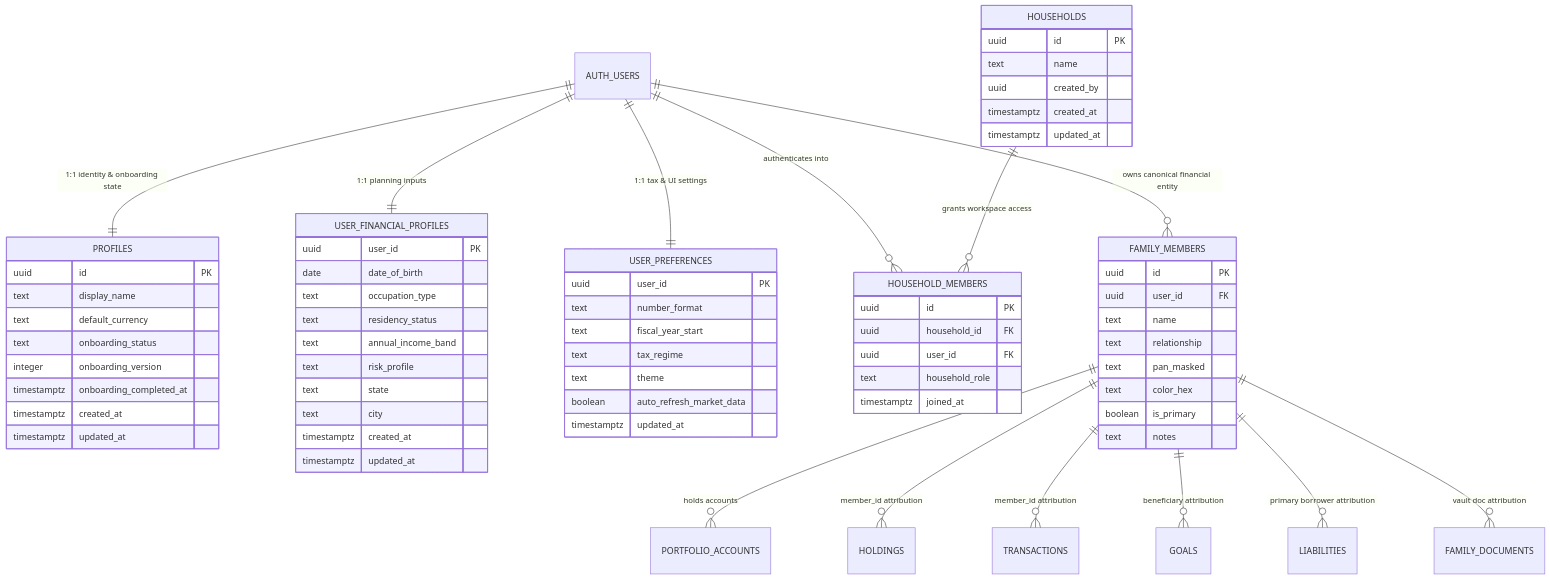
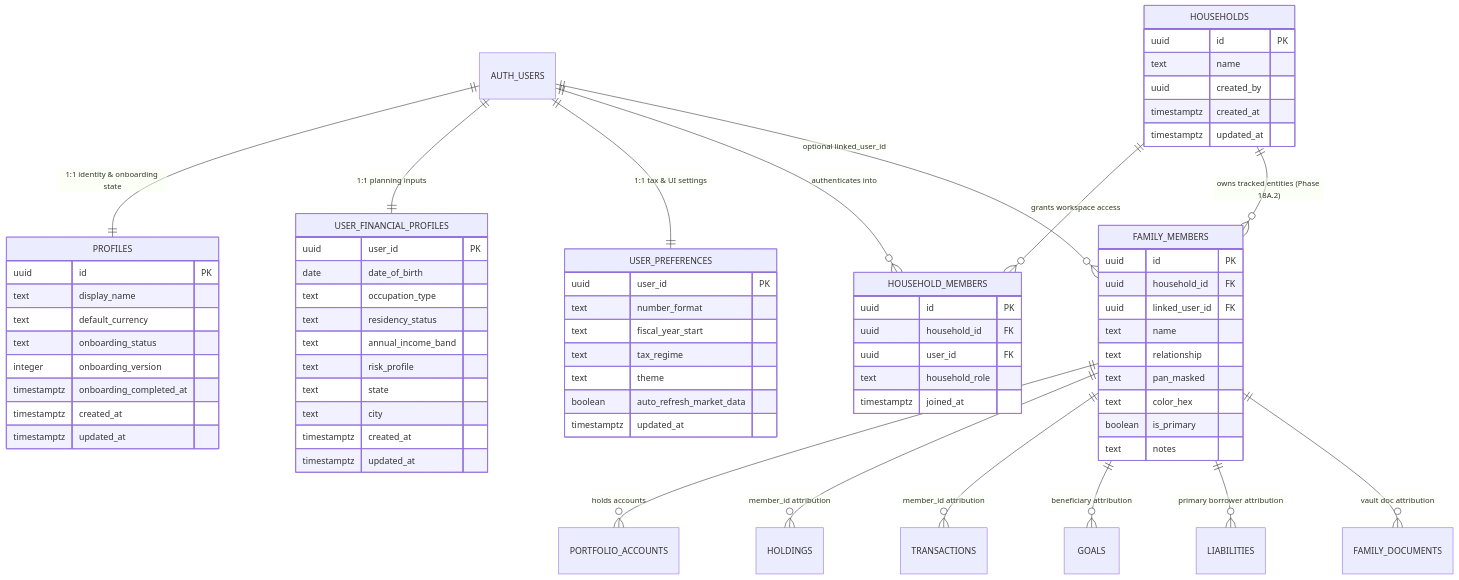
The first of 2 diagrams in docs/product/progressive-onboarding-and-financial-profile.md (ketan14/wealthNest), drawn with Mermaid before and after one commit. The commit also changed other lines of this file and 2 other files, not shown here.

Commit message:
docs: add household ownership and access model architecture specification and update development plan

````diff
--- a/docs/product/progressive-onboarding-and-financial-profile.md
+++ b/docs/product/progressive-onboarding-and-financial-profile.md
@@ -73,76 +74,78 @@
 ```mermaid
 erDiagram
     AUTH_USERS ||--|| PROFILES : "1:1 identity & onboarding state"
     AUTH_USERS ||--|| USER_FINANCIAL_PROFILES : "1:1 planning inputs"
     AUTH_USERS ||--|| USER_PREFERENCES : "1:1 tax & UI settings"
     AUTH_USERS ||--o{ HOUSEHOLD_MEMBERS : "authenticates into"
     HOUSEHOLDS ||--o{ HOUSEHOLD_MEMBERS : "grants workspace access"
-    AUTH_USERS ||--o{ FAMILY_MEMBERS : "owns canonical financial entity"
+    HOUSEHOLDS ||--o{ FAMILY_MEMBERS : "owns tracked entities (Phase 18A.2)"
+    AUTH_USERS ||--o{ FAMILY_MEMBERS : "optional linked_user_id"
     FAMILY_MEMBERS ||--o{ PORTFOLIO_ACCOUNTS : "holds accounts"
     FAMILY_MEMBERS ||--o{ HOLDINGS : "member_id attribution"
     FAMILY_MEMBERS ||--o{ TRANSACTIONS : "member_id attribution"
     FAMILY_MEMBERS ||--o{ GOALS : "beneficiary attribution"
     FAMILY_MEMBERS ||--o{ LIABILITIES : "primary borrower attribution"
     FAMILY_MEMBERS ||--o{ FAMILY_DOCUMENTS : "vault doc attribution"
 
     PROFILES {
         uuid id PK
         text display_name
         text default_currency
         text onboarding_status
         integer onboarding_version
         timestamptz onboarding_completed_at
         timestamptz created_at
         timestamptz updated_at
     }
 
     USER_FINANCIAL_PROFILES {
         uuid user_id PK
         date date_of_birth
         text occupation_type
         text residency_status
         text annual_income_band
         text risk_profile
         text state
         text city
         timestamptz created_at
         timestamptz updated_at
     }
 
     USER_PREFERENCES {
         uuid user_id PK
         text number_format
         text fiscal_year_start
         text tax_regime
         text theme
         boolean auto_refresh_market_data
         timestamptz updated_at
     }
 
     HOUSEHOLDS {
         uuid id PK
         text name
         uuid created_by
         timestamptz created_at
         timestamptz updated_at
     }
 
     HOUSEHOLD_MEMBERS {
         uuid id PK
         uuid household_id FK
         uuid user_id FK
         text household_role
         timestamptz joined_at
     }
 
     FAMILY_MEMBERS {
         uuid id PK
-        uuid user_id FK
+        uuid household_id FK
+        uuid linked_user_id FK
         text name
         text relationship
         text pan_masked
         text color_hex
         boolean is_primary
         text notes
     }
 ```
````
